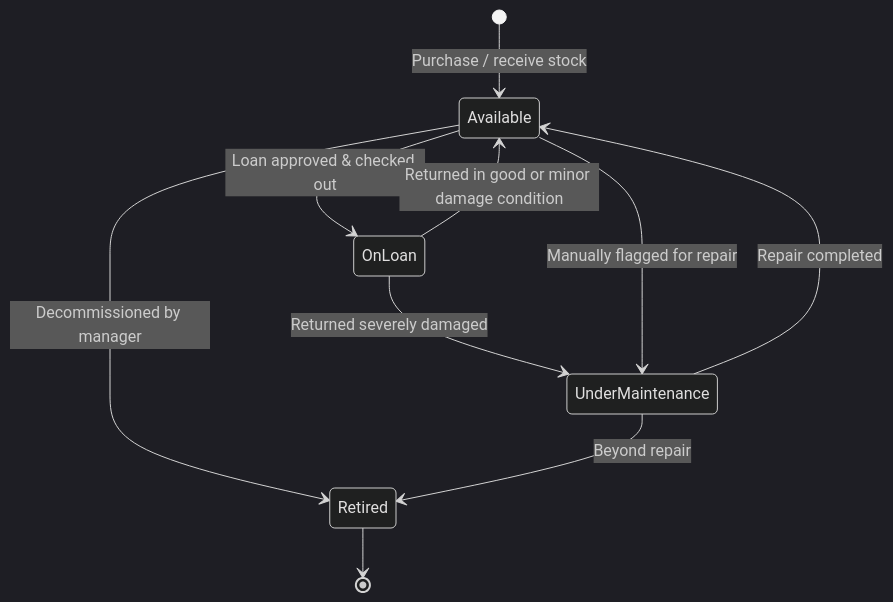
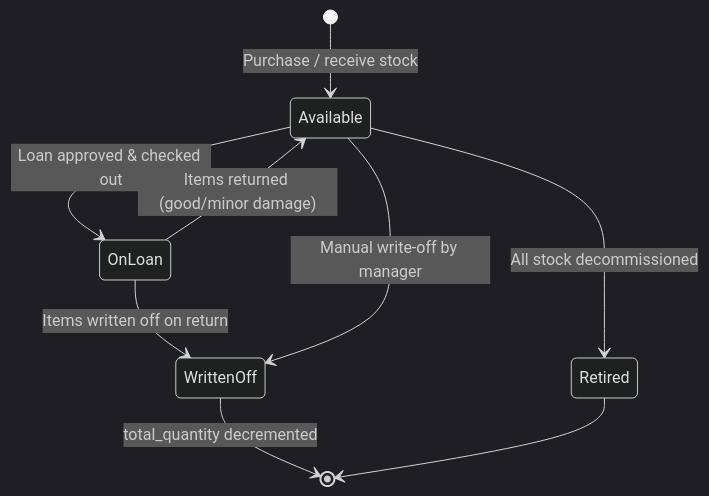
The seventh of 8 diagrams in docs/system-design.md (Hansenyao/sportstock), drawn with Mermaid (dark theme) before and after one commit. The commit also changed other lines of this file and 1 other file, not shown here.

Commit message:
Update documents, supporting multi-asset items in a loan, and add write-off feature

````diff
--- a/docs/system-design.md
+++ b/docs/system-design.md
@@ -272,16 +291,15 @@
 ```mermaid
 stateDiagram-v2
     [*] --> Available : Purchase / receive stock
 
     Available --> OnLoan : Loan approved & checked out
-    OnLoan --> Available : Returned in good or minor damage condition
-    OnLoan --> UnderMaintenance : Returned severely damaged
+    OnLoan --> Available : Items returned (good/minor damage)
+    OnLoan --> WrittenOff : Items written off on return
 
-    Available --> UnderMaintenance : Manually flagged for repair
-    UnderMaintenance --> Available : Repair completed
+    Available --> WrittenOff : Manual write-off by manager
+    Available --> Retired : All stock decommissioned
 
-    Available --> Retired : Decommissioned by manager
-    UnderMaintenance --> Retired : Beyond repair
+    WrittenOff --> [*] : total_quantity decremented
 
     Retired --> [*]
 ```
````
